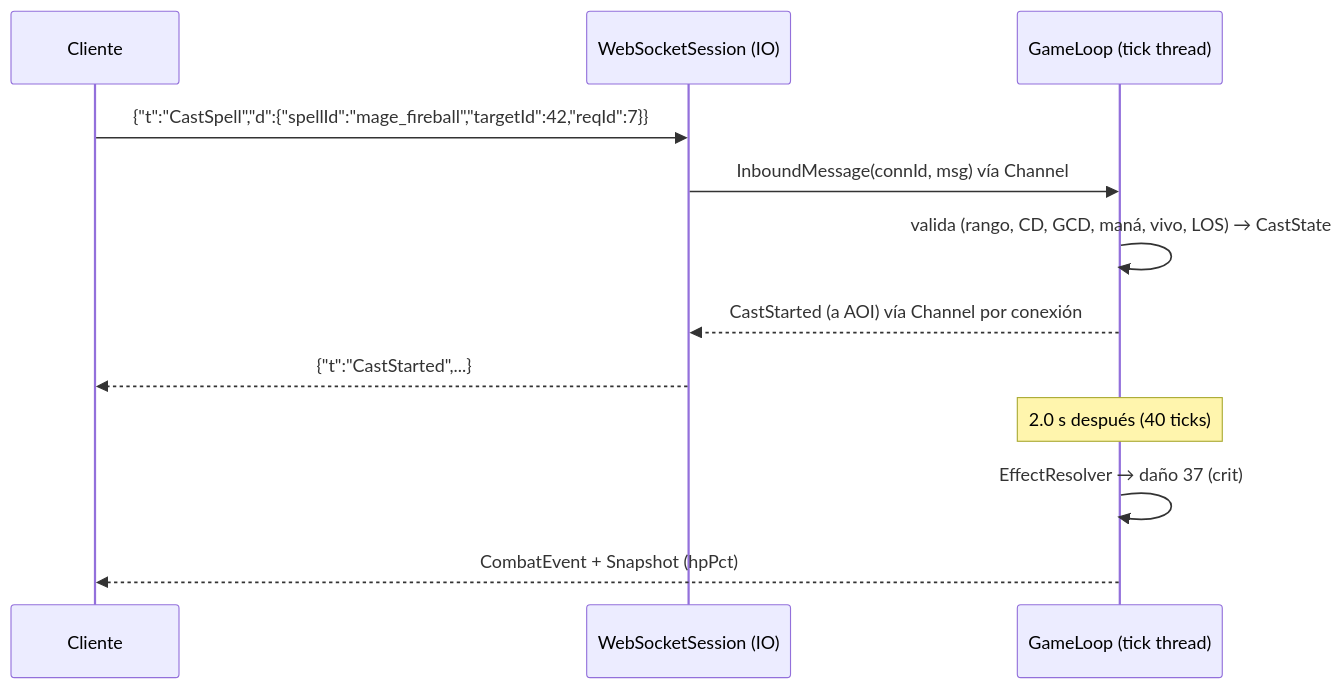
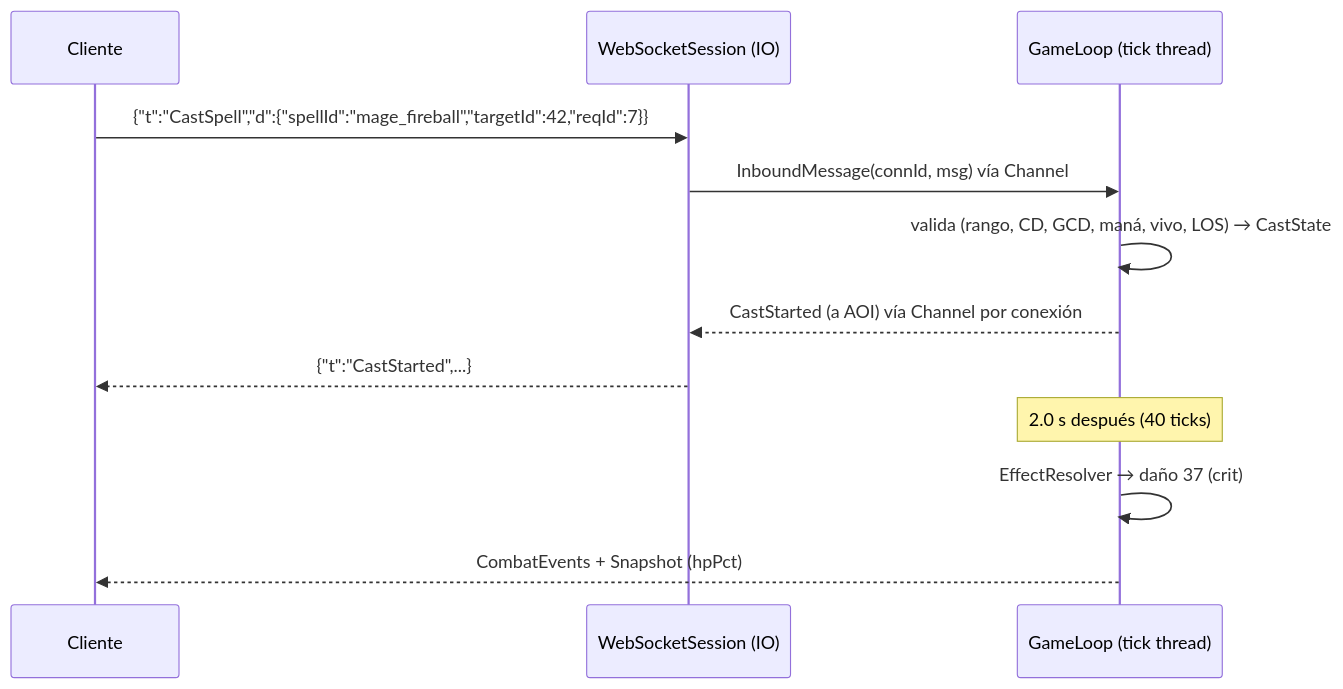
Before and after one commit to Seem1019/PixelRealms: the second of 2 diagrams in docs/architecture.md, drawn with Mermaid. The commit also changed other lines of this file and 19 other files, not shown here.

````diff
--- a/docs/architecture.md
+++ b/docs/architecture.md
@@ -66,14 +66,14 @@
 ```mermaid
 sequenceDiagram
   participant C as Cliente
   participant S as WebSocketSession (IO)
   participant L as GameLoop (tick thread)
   C->>S: {"t":"CastSpell","d":{"spellId":"mage_fireball","targetId":42,"reqId":7}}
   S->>L: InboundMessage(connId, msg) vía Channel
   L->>L: valida (rango, CD, GCD, maná, vivo, LOS) → CastState
   L-->>S: CastStarted (a AOI) vía Channel por conexión
   S-->>C: {"t":"CastStarted",...}
   Note over L: 2.0 s después (40 ticks)
   L->>L: EffectResolver → daño 37 (crit)
-  L-->>C: CombatEvent + Snapshot (hpPct)
+  L-->>C: CombatEvents + Snapshot (hpPct)
 ```
````
